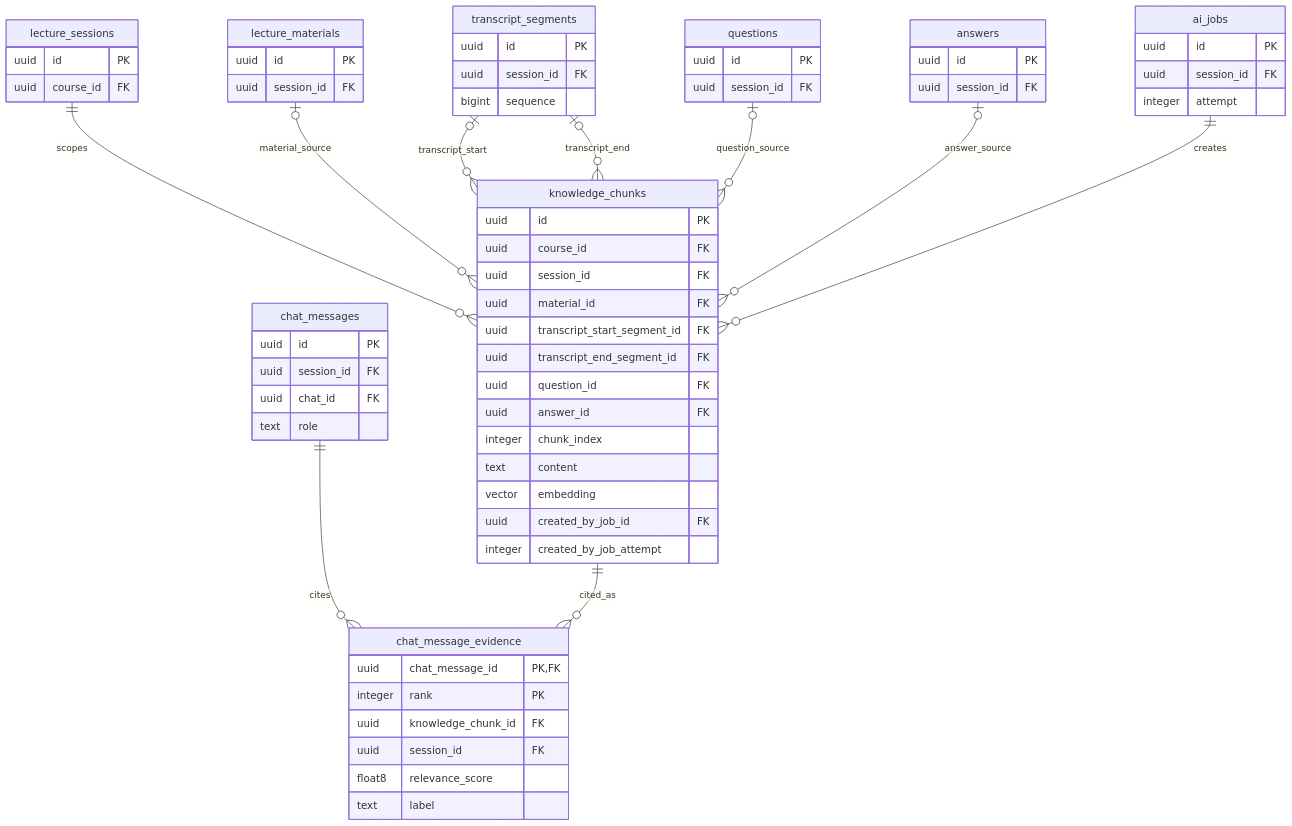
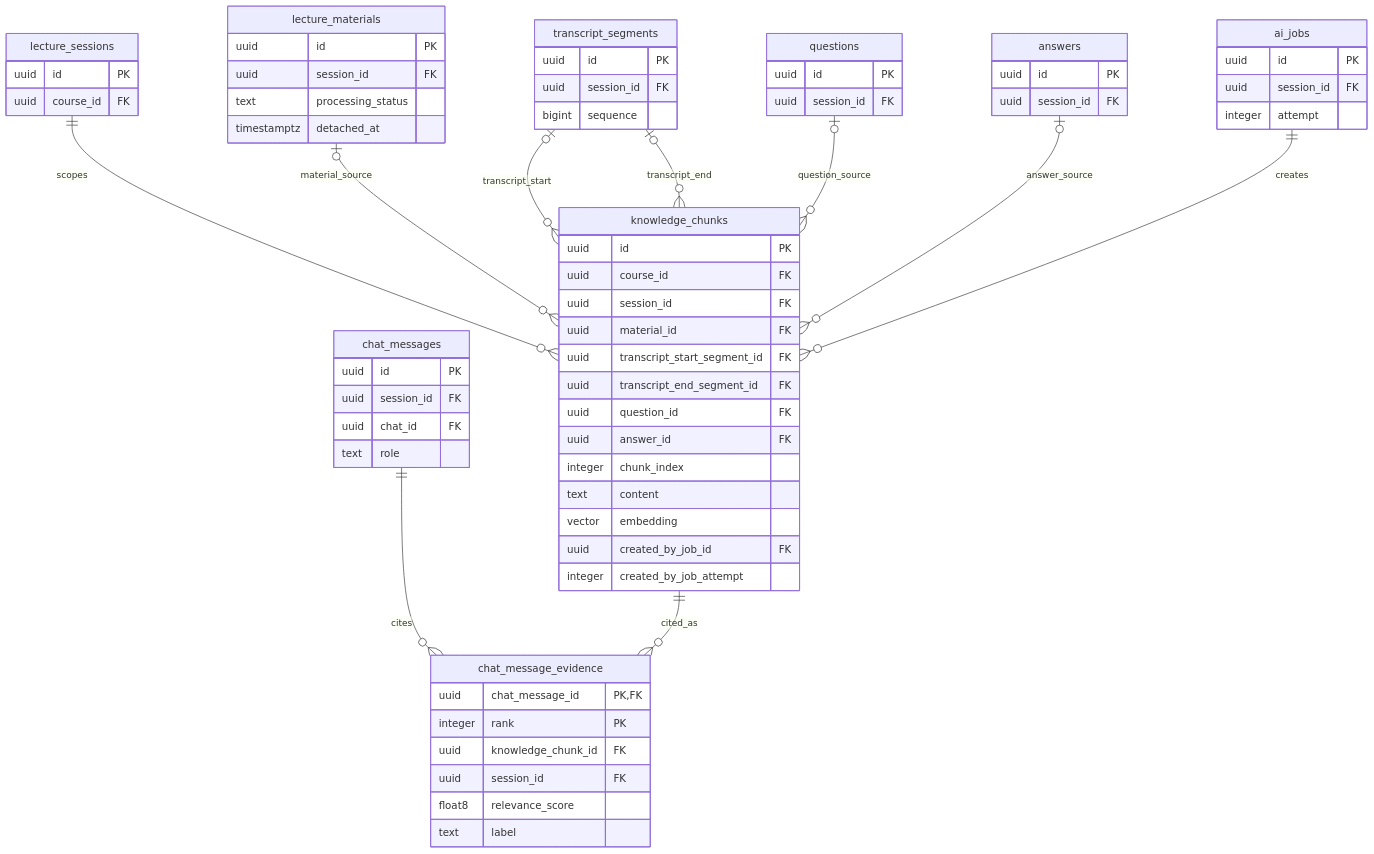
The fifth of 5 diagrams in docs/database/ERD.md (madcamp-official/26s-w2-c2-08), drawn with Mermaid before and after one commit. The commit also changed other lines of this file and 1 other file, not shown here.

````diff
--- a/docs/database/ERD.md
+++ b/docs/database/ERD.md
@@ -421,76 +426,78 @@
 ```mermaid
 erDiagram
     lectureSessions["lecture_sessions"] {
         uuid id PK
         uuid course_id FK
     }
 
     lectureMaterials["lecture_materials"] {
         uuid id PK
         uuid session_id FK
+        text processing_status
+        timestamptz detached_at
     }
 
     transcriptSegments["transcript_segments"] {
         uuid id PK
         uuid session_id FK
         bigint sequence
     }
 
     questions["questions"] {
         uuid id PK
         uuid session_id FK
     }
 
     answers["answers"] {
         uuid id PK
         uuid session_id FK
     }
 
     aiJobs["ai_jobs"] {
         uuid id PK
         uuid session_id FK
         integer attempt
     }
 
     knowledgeChunks["knowledge_chunks"] {
         uuid id PK
         uuid course_id FK
         uuid session_id FK
         uuid material_id FK
         uuid transcript_start_segment_id FK
         uuid transcript_end_segment_id FK
         uuid question_id FK
         uuid answer_id FK
         integer chunk_index
         text content
         vector embedding
         uuid created_by_job_id FK
         integer created_by_job_attempt
     }
 
     chatMessages["chat_messages"] {
         uuid id PK
         uuid session_id FK
         uuid chat_id FK
         text role
     }
 
     chatMessageEvidence["chat_message_evidence"] {
         uuid chat_message_id PK,FK
         integer rank PK
         uuid knowledge_chunk_id FK
         uuid session_id FK
         float8 relevance_score
         text label
     }
 
     lectureSessions ||--o{ knowledgeChunks : scopes
     lectureMaterials o|--o{ knowledgeChunks : material_source
     transcriptSegments o|--o{ knowledgeChunks : transcript_start
     transcriptSegments o|--o{ knowledgeChunks : transcript_end
     questions o|--o{ knowledgeChunks : question_source
     answers o|--o{ knowledgeChunks : answer_source
     aiJobs ||--o{ knowledgeChunks : creates
     chatMessages ||--o{ chatMessageEvidence : cites
     knowledgeChunks ||--o{ chatMessageEvidence : cited_as
 ```
````
